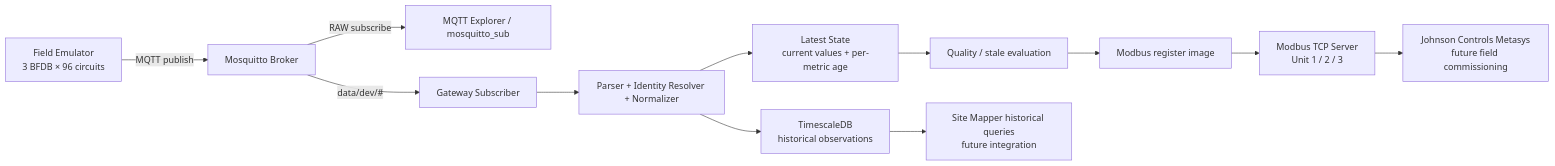
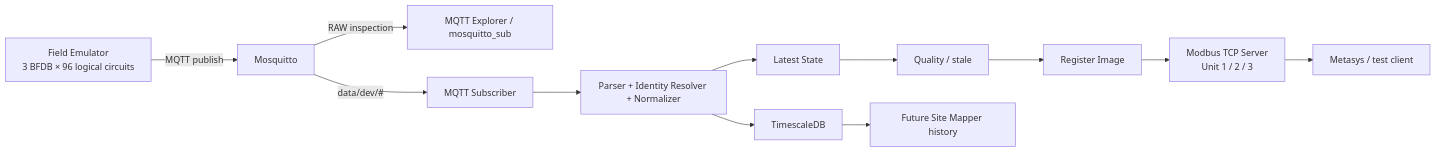
One commit to thradexIT/bfdb-telemetry-gateway changed the first of 3 diagrams in README.md. Above: the diagram before and after it, drawn with Mermaid. The commit also changed other lines of this file, not shown here.

````diff
--- a/README.md
+++ b/README.md
@@ -24,14 +27,14 @@
 ```mermaid
 flowchart LR
-    FE["Field Emulator<br/>3 BFDB × 96 circuits"] -->|MQTT publish| MQ["Mosquitto Broker"]
-    MQ -->|RAW subscribe| MX["MQTT Explorer / mosquitto_sub"]
-    MQ -->|data/dev/#| SUB["Gateway Subscriber"]
-    SUB --> PARSE["Parser + Identity Resolver + Normalizer"]
-    PARSE --> LS["Latest State<br/>current values + per-metric age"]
-    PARSE --> TS["TimescaleDB<br/>historical observations"]
-    LS --> Q["Quality / stale evaluation"]
-    Q --> REG["Modbus register image"]
-    REG --> MB["Modbus TCP Server<br/>Unit 1 / 2 / 3"]
-    MB --> META["Johnson Controls Metasys<br/>future field commissioning"]
-    TS --> SM["Site Mapper historical queries<br/>future integration"]
+    FE["Field Emulator<br/>3 BFDB × 96 logical circuits"] -->|"MQTT publish"| MQ["Mosquitto"]
+    MQ -->|"RAW inspection"| MX["MQTT Explorer / mosquitto_sub"]
+    MQ -->|"data/dev/#"| SUB["MQTT Subscriber"]
+    SUB --> PARSER["Parser + Identity Resolver + Normalizer"]
+    PARSER --> STATE["Latest State"]
+    PARSER --> TS["TimescaleDB"]
+    STATE --> QUAL["Quality / stale"]
+    QUAL --> REG["Register Image"]
+    REG --> MODBUS["Modbus TCP Server<br/>Unit 1 / 2 / 3"]
+    MODBUS --> META["Metasys / test client"]
+    TS --> SITE["Future Site Mapper history"]
 ```
````
